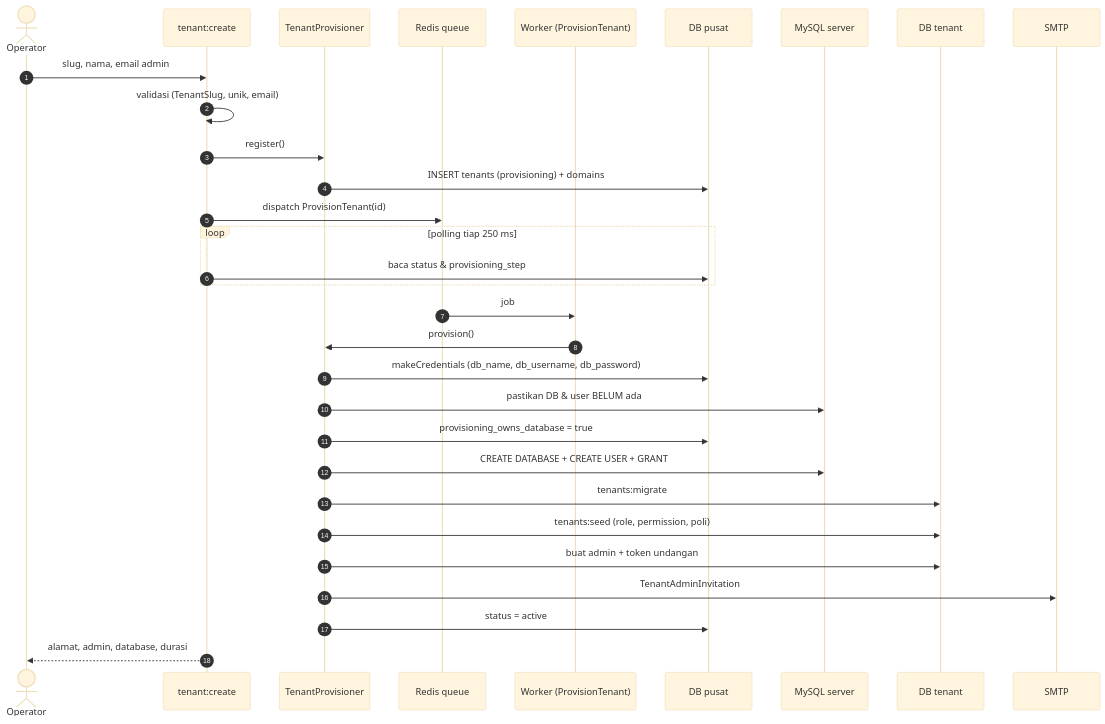
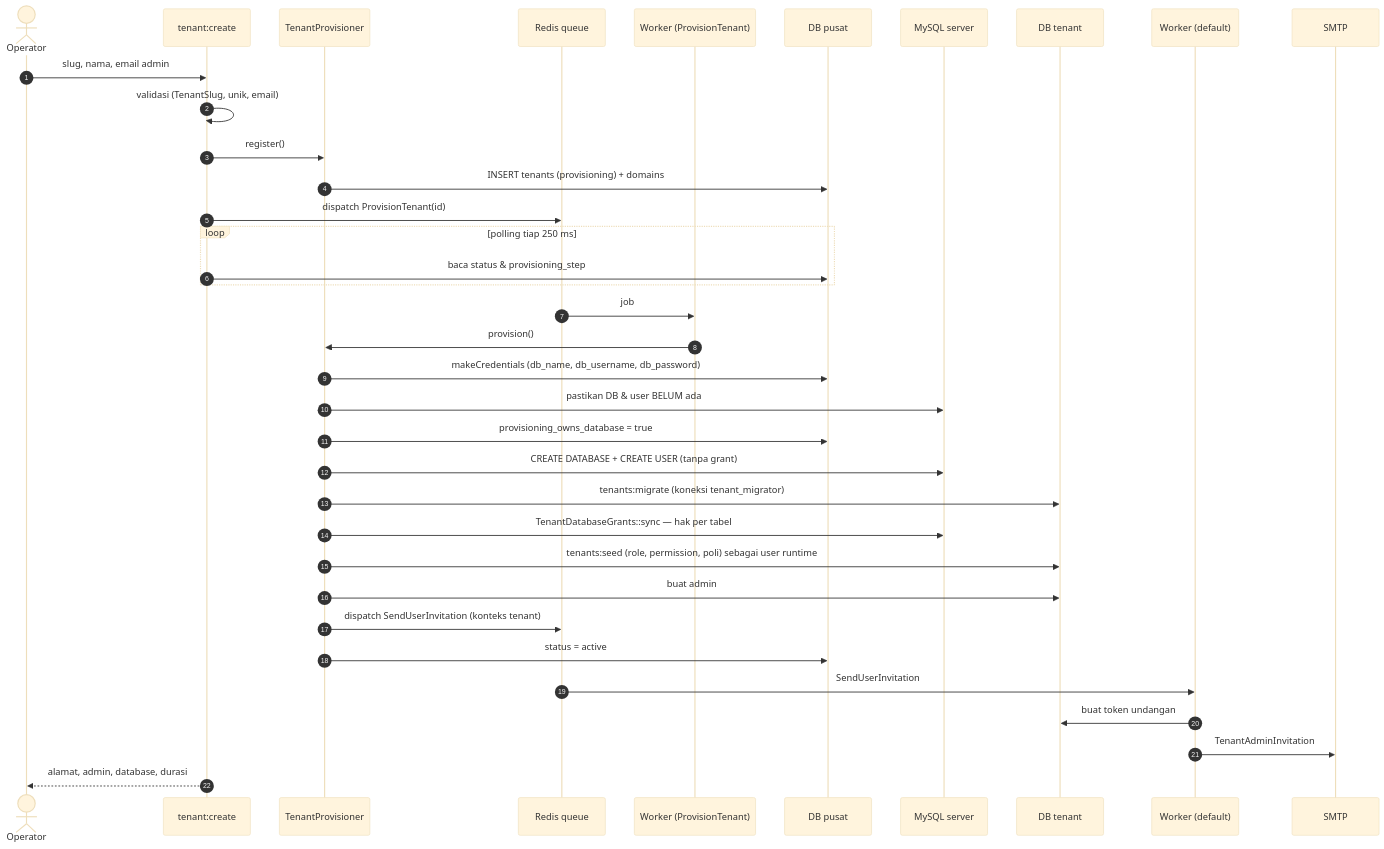
One commit to syaafiudinm/zadjo-simklinik changed the seventh of 13 diagrams in docs/ARCHITECTURE.md. Above: the diagram before and after it, drawn with Mermaid (base theme). The commit also changed other lines of this file and 55 other files, not shown here.

````diff
--- a/docs/ARCHITECTURE.md
+++ b/docs/ARCHITECTURE.md
@@ -388,34 +452,39 @@
 ```mermaid
 sequenceDiagram
     autonumber
     actor Op as Operator
     participant Cmd as tenant:create
     participant P as TenantProvisioner
     participant Q as Redis queue
     participant W as Worker (ProvisionTenant)
     participant C as DB pusat
     participant M as MySQL server
     participant T as DB tenant
+    participant W2 as Worker (default)
     participant Mail as SMTP
 
     Op->>Cmd: slug, nama, email admin
     Cmd->>Cmd: validasi (TenantSlug, unik, email)
     Cmd->>P: register()
     P->>C: INSERT tenants (provisioning) + domains
     Cmd->>Q: dispatch ProvisionTenant(id)
     loop polling tiap 250 ms
         Cmd->>C: baca status & provisioning_step
     end
     Q->>W: job
     W->>P: provision()
     P->>C: makeCredentials (db_name, db_username, db_password)
     P->>M: pastikan DB & user BELUM ada
     P->>C: provisioning_owns_database = true
-    P->>M: CREATE DATABASE + CREATE USER + GRANT
-    P->>T: tenants:migrate
-    P->>T: tenants:seed (role, permission, poli)
-    P->>T: buat admin + token undangan
-    P->>Mail: TenantAdminInvitation
+    P->>M: CREATE DATABASE + CREATE USER (tanpa grant)
+    P->>T: tenants:migrate (koneksi tenant_migrator)
+    P->>M: TenantDatabaseGrants::sync — hak per tabel
+    P->>T: tenants:seed (role, permission, poli) sebagai user runtime
+    P->>T: buat admin
+    P->>Q: dispatch SendUserInvitation (konteks tenant)
     P->>C: status = active
+    Q->>W2: SendUserInvitation
+    W2->>T: buat token undangan
+    W2->>Mail: TenantAdminInvitation
     Cmd-->>Op: alamat, admin, database, durasi
 ```
````
